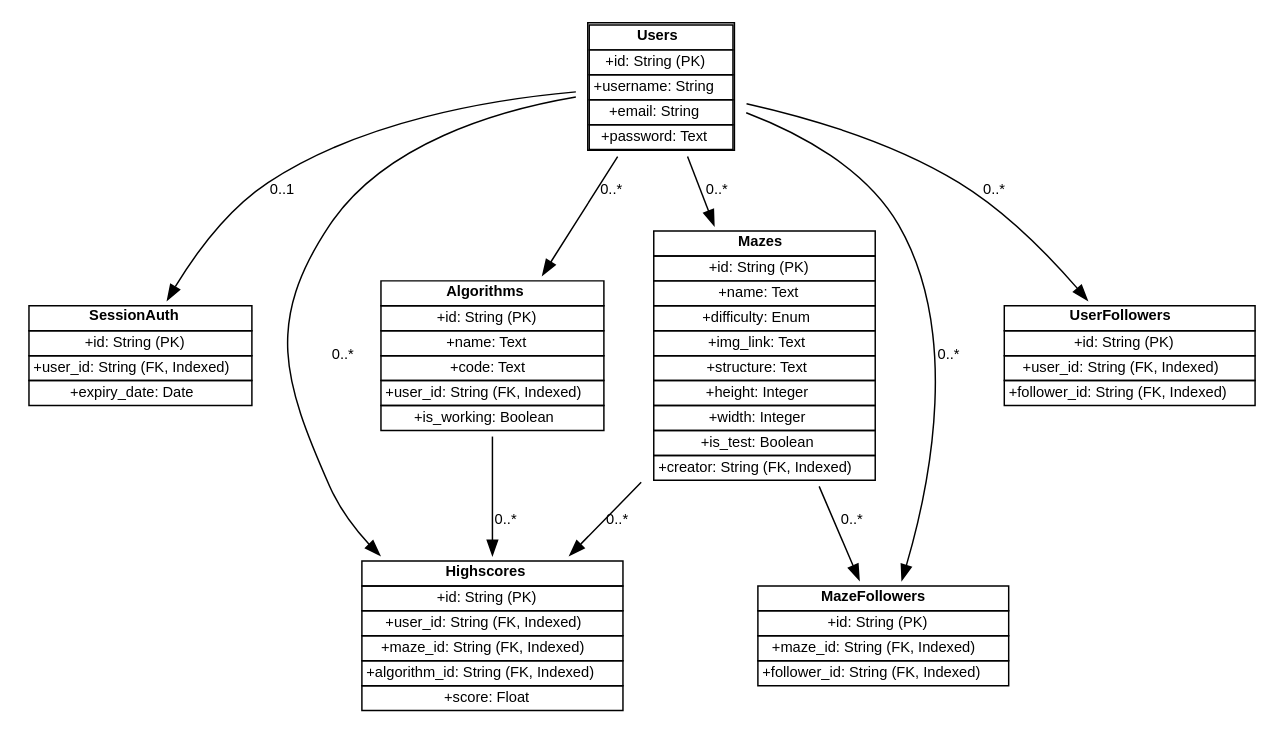
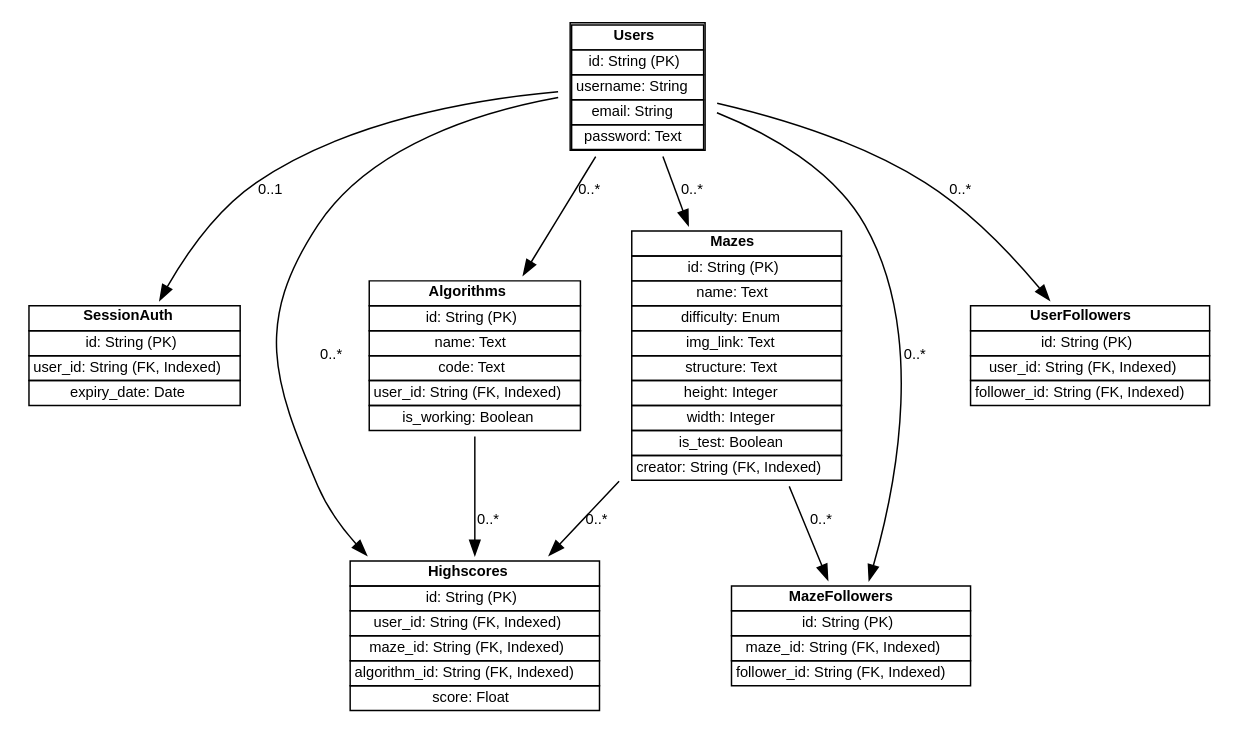
Before and after one commit to Lennartstachowiak/maze-runner-api: the diagram in db/erd.dot, drawn with Graphviz. The commit also changed 2 other files, not shown here.

```diff
--- a/db/erd.dot
+++ b/db/erd.dot
@@ -1,89 +1,89 @@
 digraph ERD {
     fontsize = 5;
     node [shape = plaintext; fontname = "Helvetica"; fontsize = 10;];
     edge [fontname = "Helvetica"; fontsize = 10;];
     
     Users [label = <
         <TABLE BORDER="1" CELLBORDER="1" CELLSPACING="0">
         <TR><TD><B>Users</B></TD></TR>
-        <TR><TD>+id: String (PK)</TD></TR>
-        <TR><TD>+username: String</TD></TR>
-        <TR><TD>+email: String</TD></TR>
-        <TR><TD>+password: Text</TD></TR>
+        <TR><TD>id: String (PK)</TD></TR>
+        <TR><TD>username: String</TD></TR>
+        <TR><TD>email: String</TD></TR>
+        <TR><TD>password: Text</TD></TR>
         </TABLE>
         >;];
     
     SessionAuth [label = <
         <TABLE BORDER="0" CELLBORDER="1" CELLSPACING="0">
         <TR><TD><B>SessionAuth</B></TD></TR>
-        <TR><TD>+id: String (PK)</TD></TR>
-        <TR><TD>+user_id: String (FK, Indexed)</TD></TR>
-        <TR><TD>+expiry_date: Date</TD></TR>
+        <TR><TD>id: String (PK)</TD></TR>
+        <TR><TD>user_id: String (FK, Indexed)</TD></TR>
+        <TR><TD>expiry_date: Date</TD></TR>
         </TABLE>
         >;];
     
     Mazes [label = <
         <TABLE BORDER="0" CELLBORDER="1" CELLSPACING="0">
         <TR><TD><B>Mazes</B></TD></TR>
-        <TR><TD>+id: String (PK)</TD></TR>
-        <TR><TD>+name: Text</TD></TR>
-        <TR><TD>+difficulty: Enum</TD></TR>
-        <TR><TD>+img_link: Text</TD></TR>
-        <TR><TD>+structure: Text</TD></TR>
-        <TR><TD>+height: Integer</TD></TR>
-        <TR><TD>+width: Integer</TD></TR>
-        <TR><TD>+is_test: Boolean</TD></TR>
-        <TR><TD>+creator: String (FK, Indexed)</TD></TR>
+        <TR><TD>id: String (PK)</TD></TR>
+        <TR><TD>name: Text</TD></TR>
+        <TR><TD>difficulty: Enum</TD></TR>
+        <TR><TD>img_link: Text</TD></TR>
+        <TR><TD>structure: Text</TD></TR>
+        <TR><TD>height: Integer</TD></TR>
+        <TR><TD>width: Integer</TD></TR>
+        <TR><TD>is_test: Boolean</TD></TR>
+        <TR><TD>creator: String (FK, Indexed)</TD></TR>
         </TABLE>
         >;];
     
     Highscores [label = <
         <TABLE BORDER="0" CELLBORDER="1" CELLSPACING="0">
         <TR><TD><B>Highscores</B></TD></TR>
-        <TR><TD>+id: String (PK)</TD></TR>
-        <TR><TD>+user_id: String (FK, Indexed)</TD></TR>
-        <TR><TD>+maze_id: String (FK, Indexed)</TD></TR>
-        <TR><TD>+algorithm_id: String (FK, Indexed)</TD></TR>
-        <TR><TD>+score: Float</TD></TR>
+        <TR><TD>id: String (PK)</TD></TR>
+        <TR><TD>user_id: String (FK, Indexed)</TD></TR>
+        <TR><TD>maze_id: String (FK, Indexed)</TD></TR>
+        <TR><TD>algorithm_id: String (FK, Indexed)</TD></TR>
+        <TR><TD>score: Float</TD></TR>
         </TABLE>
         >;];
     
     Algorithms [label = <
         <TABLE BORDER="0" CELLBORDER="1" CELLSPACING="0">
         <TR><TD><B>Algorithms</B></TD></TR>
-        <TR><TD>+id: String (PK)</TD></TR>
-        <TR><TD>+name: Text</TD></TR>
-        <TR><TD>+code: Text</TD></TR>
-        <TR><TD>+user_id: String (FK, Indexed)</TD></TR>
-        <TR><TD>+is_working: Boolean</TD></TR>
+        <TR><TD>id: String (PK)</TD></TR>
+        <TR><TD>name: Text</TD></TR>
+        <TR><TD>code: Text</TD></TR>
+        <TR><TD>user_id: String (FK, Indexed)</TD></TR>
+        <TR><TD>is_working: Boolean</TD></TR>
         </TABLE>
         >;];
     
     MazeFollowers [label = <
         <TABLE BORDER="0" CELLBORDER="1" CELLSPACING="0">
         <TR><TD><B>MazeFollowers</B></TD></TR>
-        <TR><TD>+id: String (PK)</TD></TR>
-        <TR><TD>+maze_id: String (FK, Indexed)</TD></TR>
-        <TR><TD>+follower_id: String (FK, Indexed)</TD></TR>
+        <TR><TD>id: String (PK)</TD></TR>
+        <TR><TD>maze_id: String (FK, Indexed)</TD></TR>
+        <TR><TD>follower_id: String (FK, Indexed)</TD></TR>
         </TABLE>
         >;];
     
     UserFollowers [label = <
         <TABLE BORDER="0" CELLBORDER="1" CELLSPACING="0">
         <TR><TD><B>UserFollowers</B></TD></TR>
-        <TR><TD>+id: String (PK)</TD></TR>
-        <TR><TD>+user_id: String (FK, Indexed)</TD></TR>
-        <TR><TD>+follower_id: String (FK, Indexed)</TD></TR>
+        <TR><TD>id: String (PK)</TD></TR>
+        <TR><TD>user_id: String (FK, Indexed)</TD></TR>
+        <TR><TD>follower_id: String (FK, Indexed)</TD></TR>
         </TABLE>
         >;];
     
     Users -> SessionAuth [label = "0..1";];
     Users -> Algorithms [label = "0..*";];
     Users -> Highscores [label = "0..*";];
     Users -> Mazes [label = "0..*";];
     Users -> MazeFollowers [label = "0..*";];
     Users -> UserFollowers [label = "0..*";];
     Mazes -> Highscores [label = "0..*";];
     Mazes -> MazeFollowers [label = "0..*";];
     Algorithms -> Highscores [label = "0..*";];
 }
```
